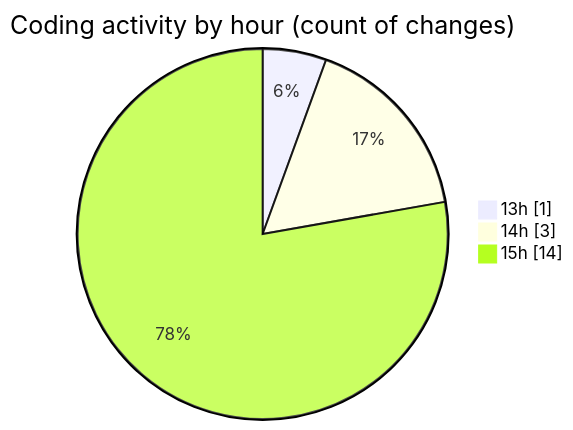
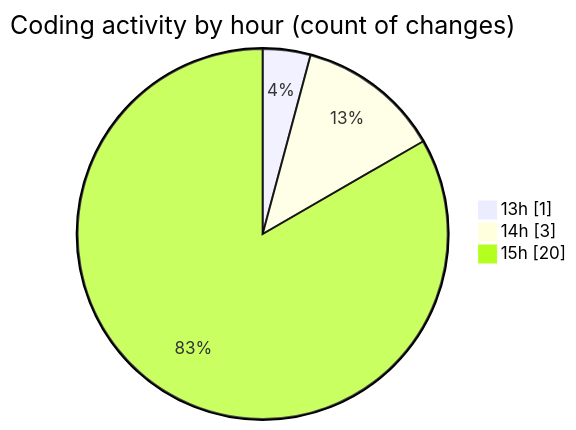
The second of 2 diagrams in 2025-04-12/nxtqube_webapp/README.md (nxtqubesakshisongat/code-tracking), drawn with Mermaid before and after one commit. The commit also changed other lines of this file and 1 other file, not shown here.

````diff
--- a/2025-04-12/nxtqube_webapp/README.md
+++ b/2025-04-12/nxtqube_webapp/README.md
@@ -30,7 +30,7 @@
 ```mermaid
 pie showData
 title Coding activity by hour (count of changes)
 "13h" : 1
 "14h" : 3
-"15h" : 14
+"15h" : 20
 ```
````
